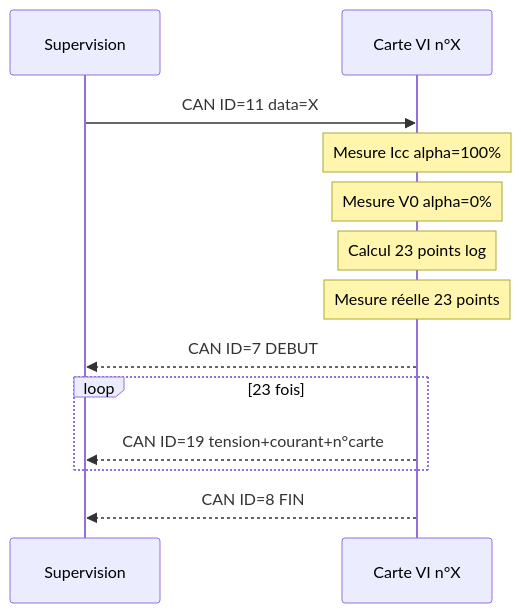
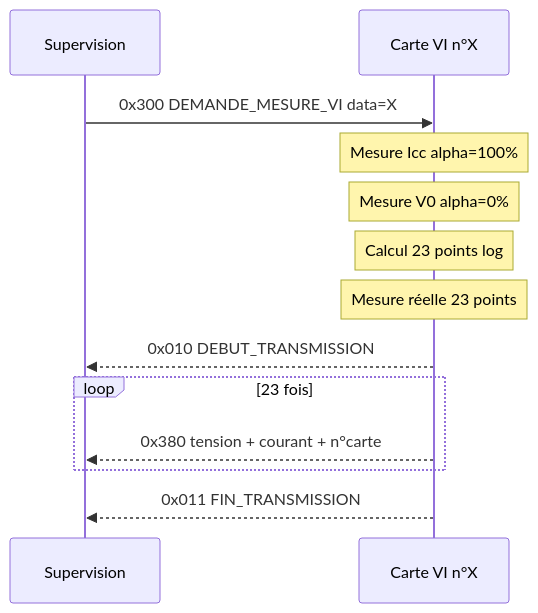
One commit to baptisteB00/Projet_LAOS changed the third of 3 diagrams in docs/can_protocol.md. Above: the diagram before and after it, drawn with Mermaid. The commit also changed other lines of this file and 9 other files, not shown here.

````diff
--- a/docs/can_protocol.md
+++ b/docs/can_protocol.md
@@ -141,16 +177,16 @@
 ```mermaid
 sequenceDiagram
     participant SUP as Supervision
     participant VI as Carte VI n°X
 
-    SUP->>VI: CAN ID=11 data=X
+    SUP->>VI: 0x300 DEMANDE_MESURE_VI data=X
     Note over VI: Mesure Icc alpha=100%
     Note over VI: Mesure V0 alpha=0%
     Note over VI: Calcul 23 points log
     Note over VI: Mesure réelle 23 points
-    VI-->>SUP: CAN ID=7 DEBUT
+    VI-->>SUP: 0x010 DEBUT_TRANSMISSION
     loop 23 fois
-        VI-->>SUP: CAN ID=19 tension+courant+n°carte
+        VI-->>SUP: 0x380 tension + courant + n°carte
     end
-    VI-->>SUP: CAN ID=8 FIN
+    VI-->>SUP: 0x011 FIN_TRANSMISSION
 ```
````
